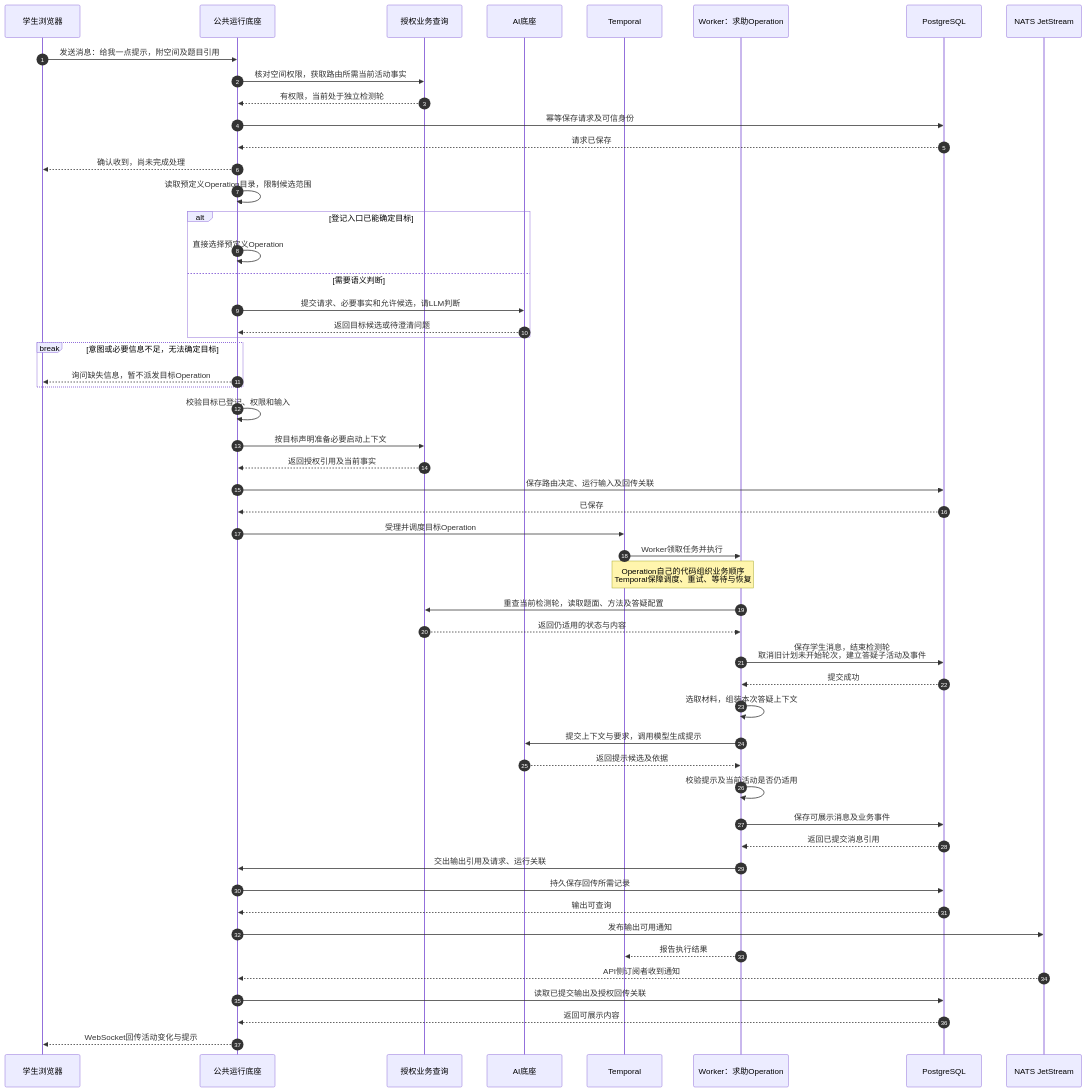
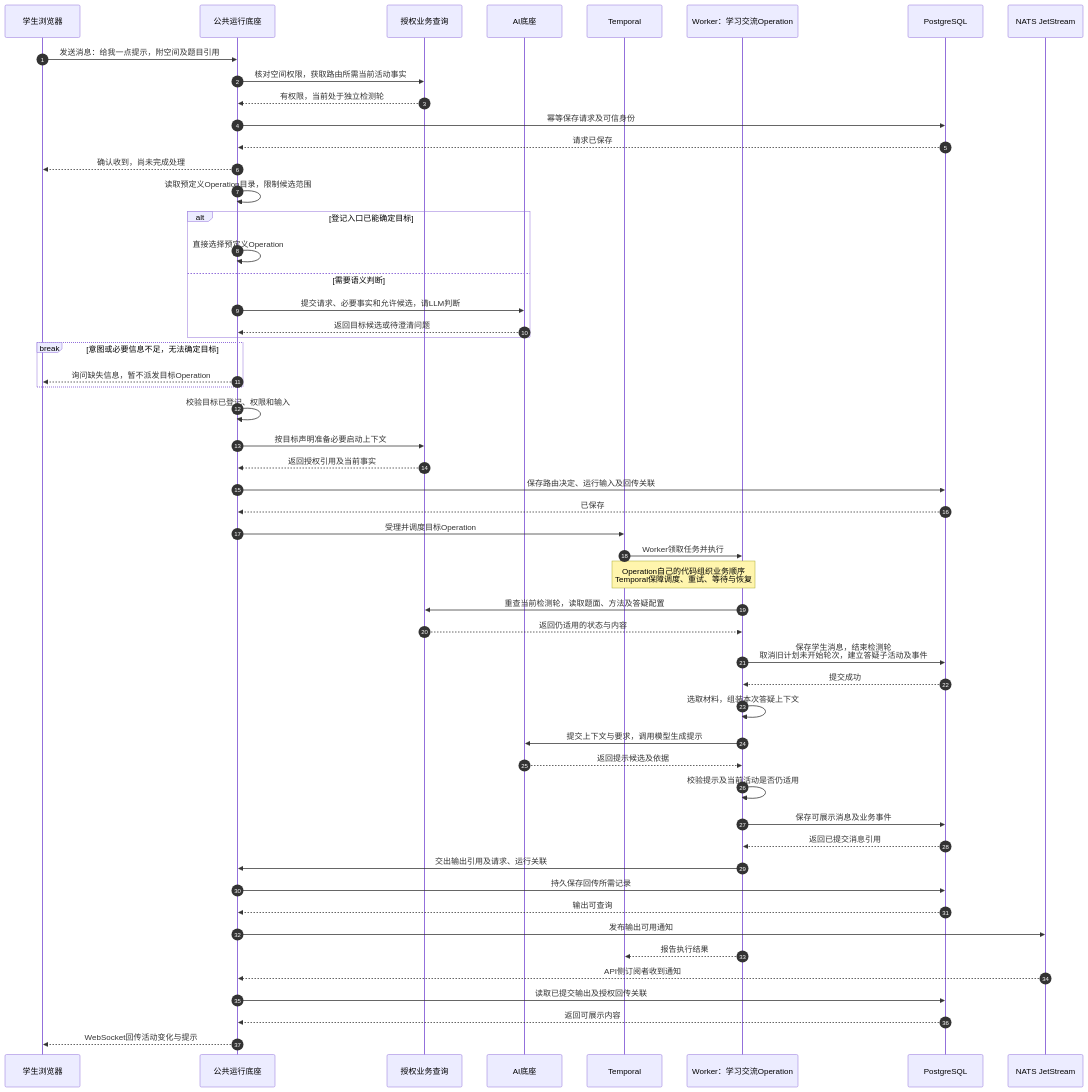
The eighth of 10 diagrams in doc/mvp/m1/engineering/System_Design.md (ivgotcrazy/deermind), drawn with Mermaid before and after one commit. The commit also changed other lines of this file and 126 other files, not shown here.

````diff
--- a/doc/mvp/m1/engineering/System_Design.md
+++ b/doc/mvp/m1/engineering/System_Design.md
@@ -511,55 +518,55 @@
 ```mermaid
 sequenceDiagram
   autonumber
   participant F as 学生浏览器
   participant R as 公共运行底座
   participant Q as 授权业务查询
   participant A as AI底座
   participant T as Temporal
-  participant W as Worker：求助Operation
+  participant W as Worker：学习交流Operation
   participant D as PostgreSQL
   participant N as NATS JetStream
   F->>R: 发送消息：给我一点提示，附空间及题目引用
   R->>Q: 核对空间权限，获取路由所需当前活动事实
   Q-->>R: 有权限，当前处于独立检测轮
   R->>D: 幂等保存请求及可信身份
   D-->>R: 请求已保存
   R-->>F: 确认收到，尚未完成处理
   R->>R: 读取预定义Operation目录，限制候选范围
   alt 登记入口已能确定目标
     R->>R: 直接选择预定义Operation
   else 需要语义判断
     R->>A: 提交请求、必要事实和允许候选，请LLM判断
     A-->>R: 返回目标候选或待澄清问题
   end
   break 意图或必要信息不足，无法确定目标
     R-->>F: 询问缺失信息，暂不派发目标Operation
   end
   R->>R: 校验目标已登记、权限和输入
   R->>Q: 按目标声明准备必要启动上下文
   Q-->>R: 返回授权引用及当前事实
   R->>D: 保存路由决定、运行输入及回传关联
   D-->>R: 已保存
   R->>T: 受理并调度目标Operation
   T->>W: Worker领取任务并执行
   Note over T,W: Operation自己的代码组织业务顺序<br/>Temporal保障调度、重试、等待与恢复
   W->>Q: 重查当前检测轮，读取题面、方法及答疑配置
   Q-->>W: 返回仍适用的状态与内容
   W->>D: 保存学生消息，结束检测轮<br/>取消旧计划未开始轮次，建立答疑子活动及事件
   D-->>W: 提交成功
   W->>W: 选取材料，组装本次答疑上下文
   W->>A: 提交上下文与要求，调用模型生成提示
   A-->>W: 返回提示候选及依据
   W->>W: 校验提示及当前活动是否仍适用
   W->>D: 保存可展示消息及业务事件
   D-->>W: 返回已提交消息引用
   W->>R: 交出输出引用及请求、运行关联
   R->>D: 持久保存回传所需记录
   D-->>R: 输出可查询
   R->>N: 发布输出可用通知
   W-->>T: 报告执行结果
   N-->>R: API侧订阅者收到通知
   R->>D: 读取已提交输出及授权回传关联
   D-->>R: 返回可展示内容
   R-->>F: WebSocket回传活动变化与提示
 ```
````
